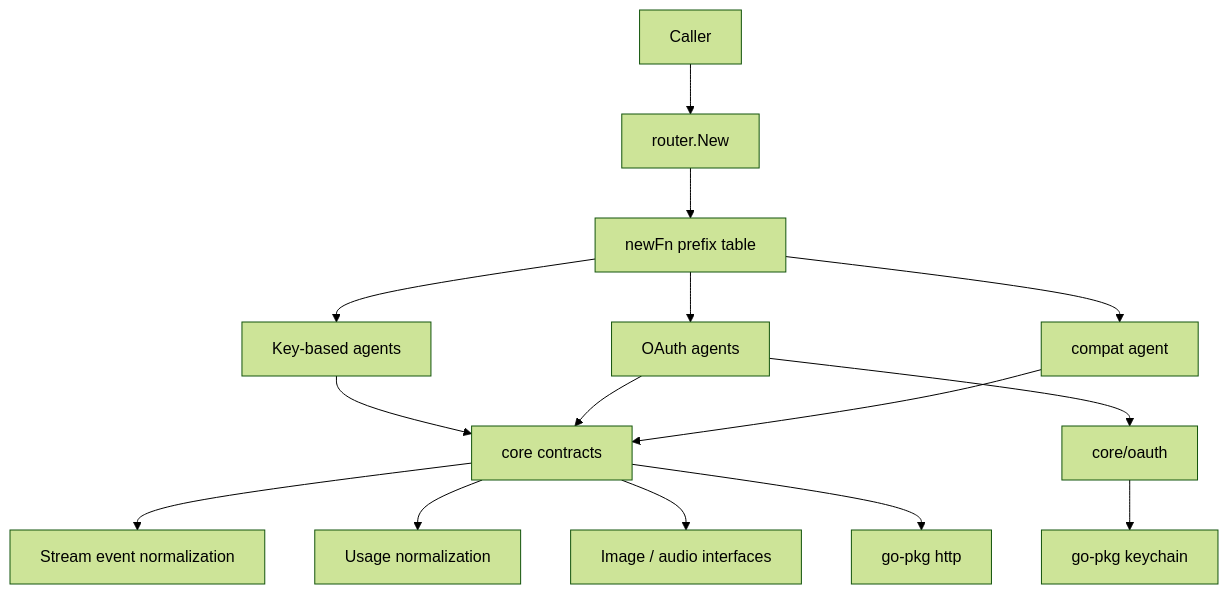
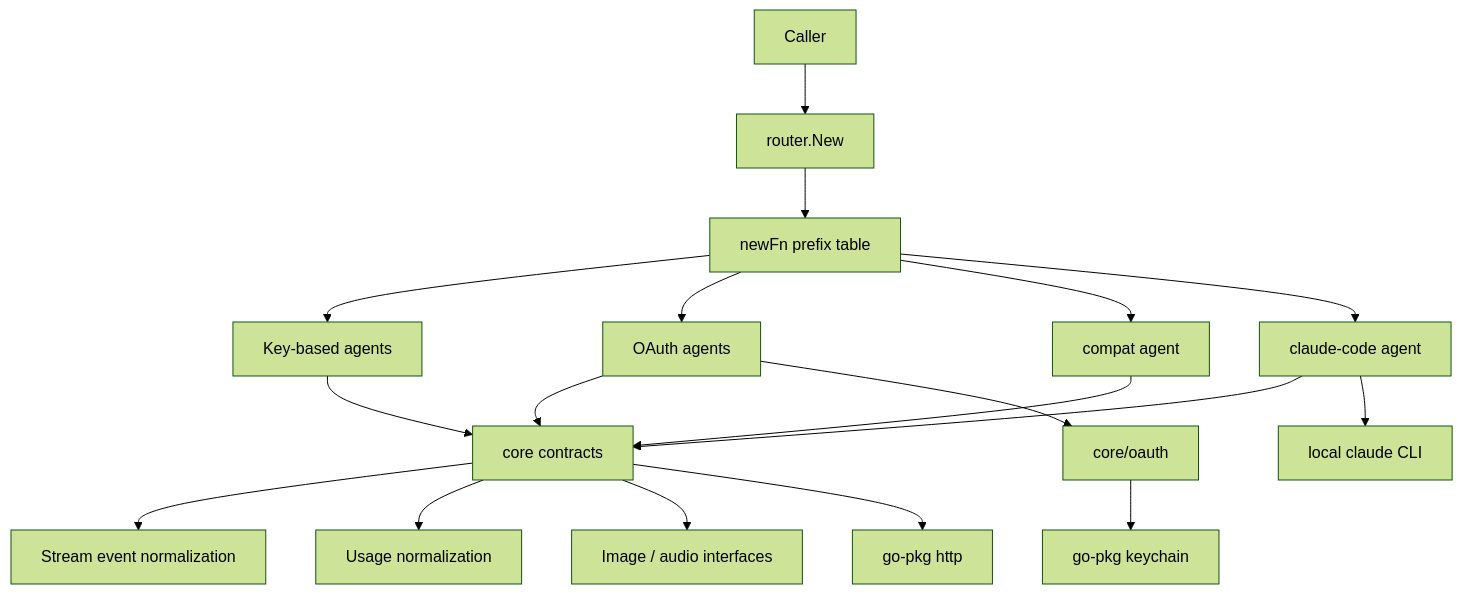
The first of 11 diagrams in doc/architecture.md (pardnchiu/go-llm-router), drawn with Mermaid (forest theme) before and after one commit. The commit also changed other lines of this file and 5 other files, not shown here.

Commit message:
doc: Document SSE watchdog, claude-code provider, and PROVIDER_* constants

````diff
--- a/doc/architecture.md
+++ b/doc/architecture.md
@@ -22,20 +22,23 @@
 ```mermaid
 graph TB
     App[Caller] --> Router[router.New]
     Router --> Registry[newFn prefix table]
     Registry --> KeyAgents[Key-based agents]
     Registry --> OAuthAgents[OAuth agents]
     Registry --> CompatAgent[compat agent]
+    Registry --> CLIAgent[claude-code agent]
 
     KeyAgents --> Core[core contracts]
     OAuthAgents --> Core
     CompatAgent --> Core
+    CLIAgent --> Core
+    CLIAgent --> ClaudeCLI[local claude CLI]
 
     OAuthAgents --> OAuth[core/oauth]
     OAuth --> Keychain[go-pkg keychain]
 
     Core --> Stream[Stream event normalization]
     Core --> Usage[Usage normalization]
     Core --> Media[Image / audio interfaces]
     Core --> HTTP[go-pkg http]
 ```
````
